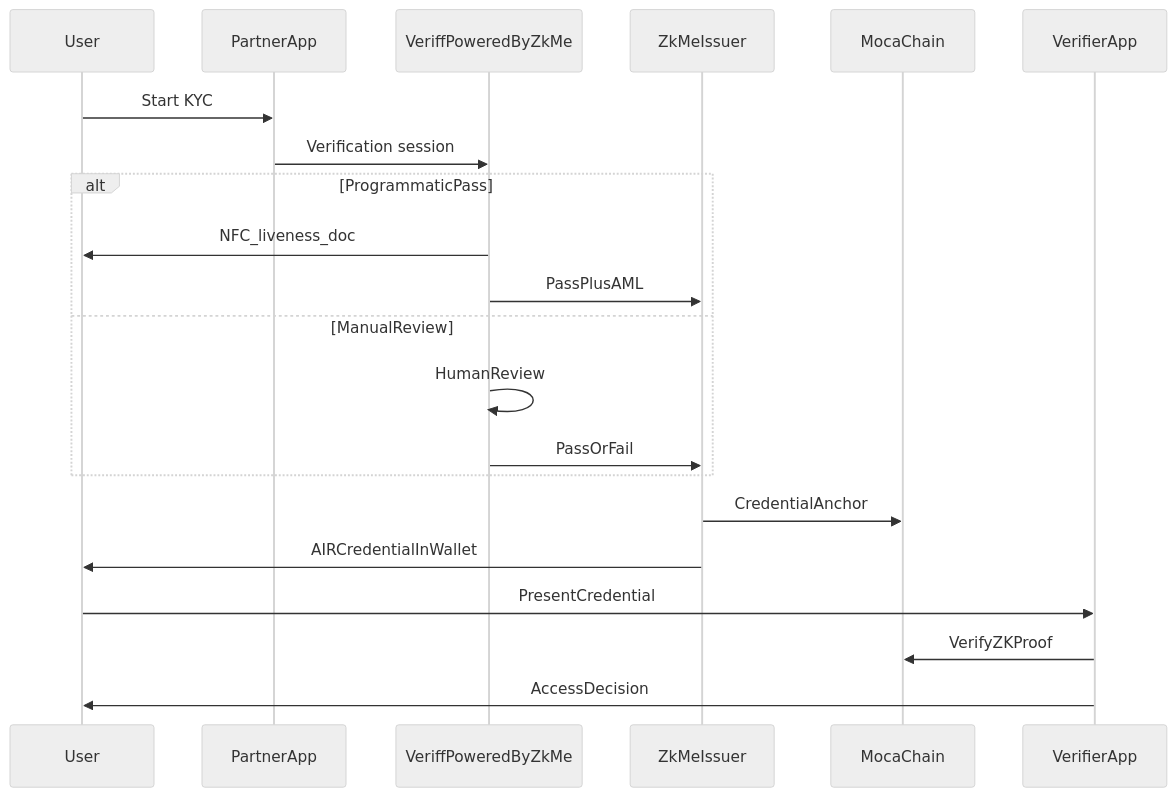
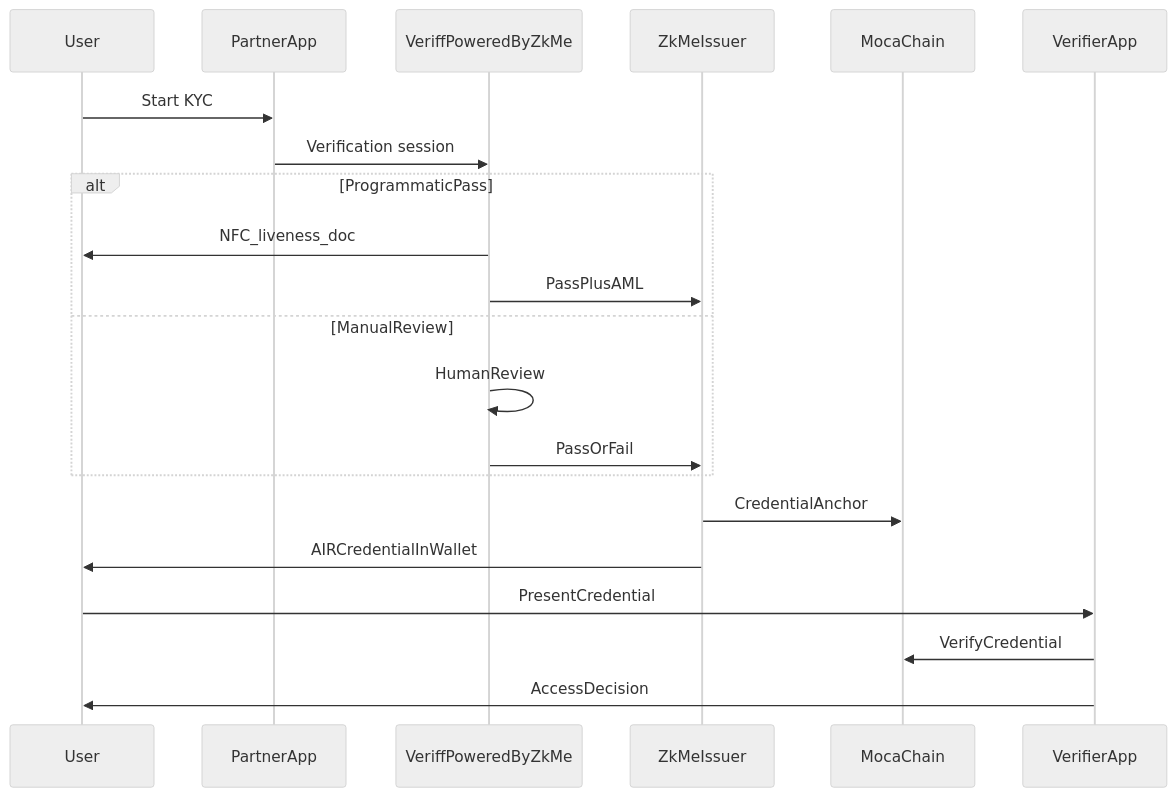
Before and after one commit to MocaNetwork/docs: the diagram in kyc/how-it-works.mdx, drawn with Mermaid (neutral theme). The commit also changed other lines of this file and 4 other files, not shown here.

````diff
--- a/kyc/how-it-works.mdx
+++ b/kyc/how-it-works.mdx
@@ -36,24 +38,24 @@
 ```mermaid
 sequenceDiagram
   participant User
   participant PartnerApp as PartnerApp
   participant VpZ as VeriffPoweredByZkMe
   participant ZkMeIssuer as ZkMeIssuer
   participant MocaChain as MocaChain
   participant Verifier as VerifierApp
 
   User->>PartnerApp: Start KYC
   PartnerApp->>VpZ: Verification session
   alt ProgrammaticPass
     VpZ->>User: NFC_liveness_doc
     VpZ->>ZkMeIssuer: PassPlusAML
   else ManualReview
     VpZ->>VpZ: HumanReview
     VpZ->>ZkMeIssuer: PassOrFail
   end
   ZkMeIssuer->>MocaChain: CredentialAnchor
   ZkMeIssuer->>User: AIRCredentialInWallet
   User->>Verifier: PresentCredential
-  Verifier->>MocaChain: VerifyZKProof
+  Verifier->>MocaChain: VerifyCredential
   Verifier->>User: AccessDecision
 ```
````
